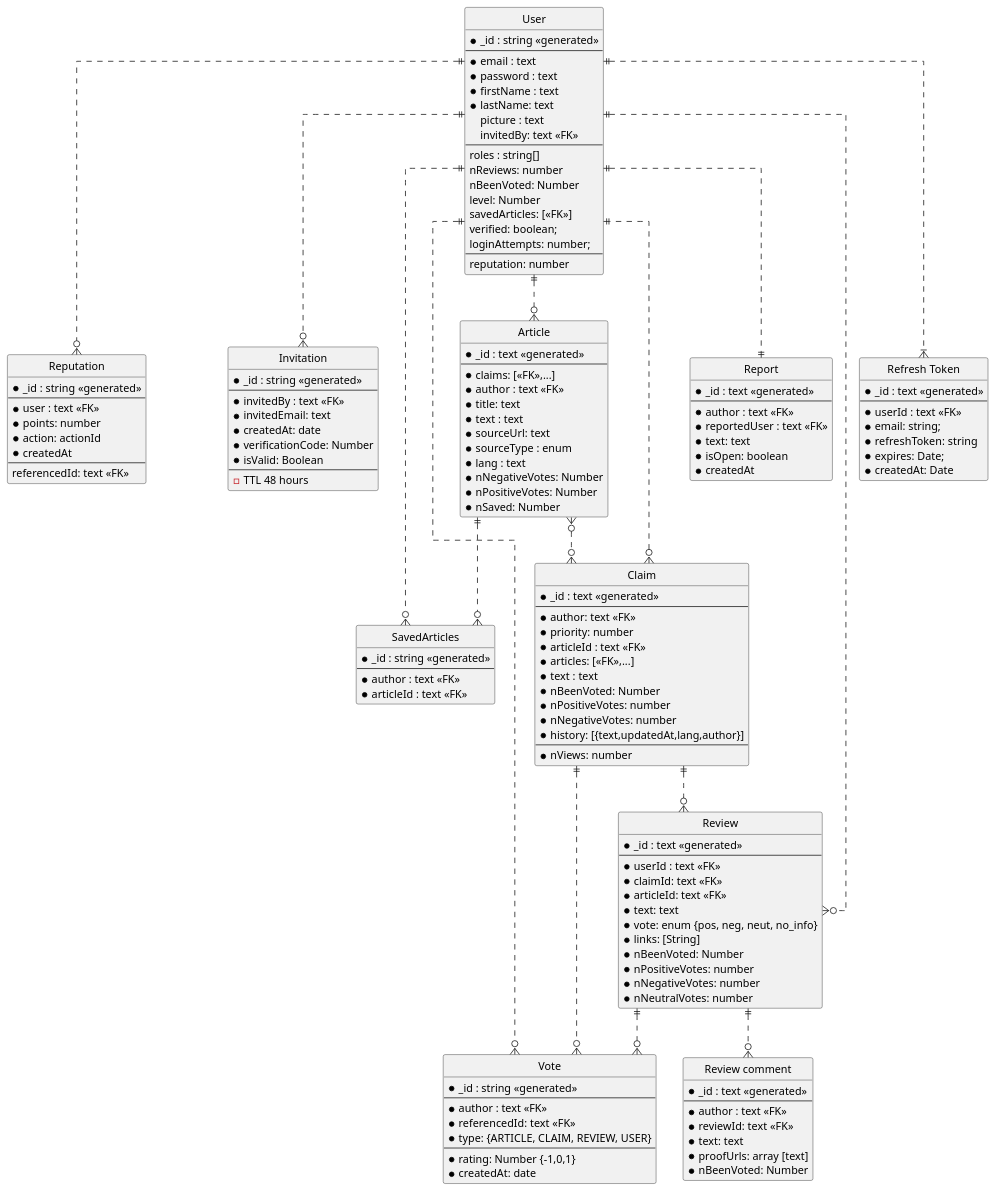
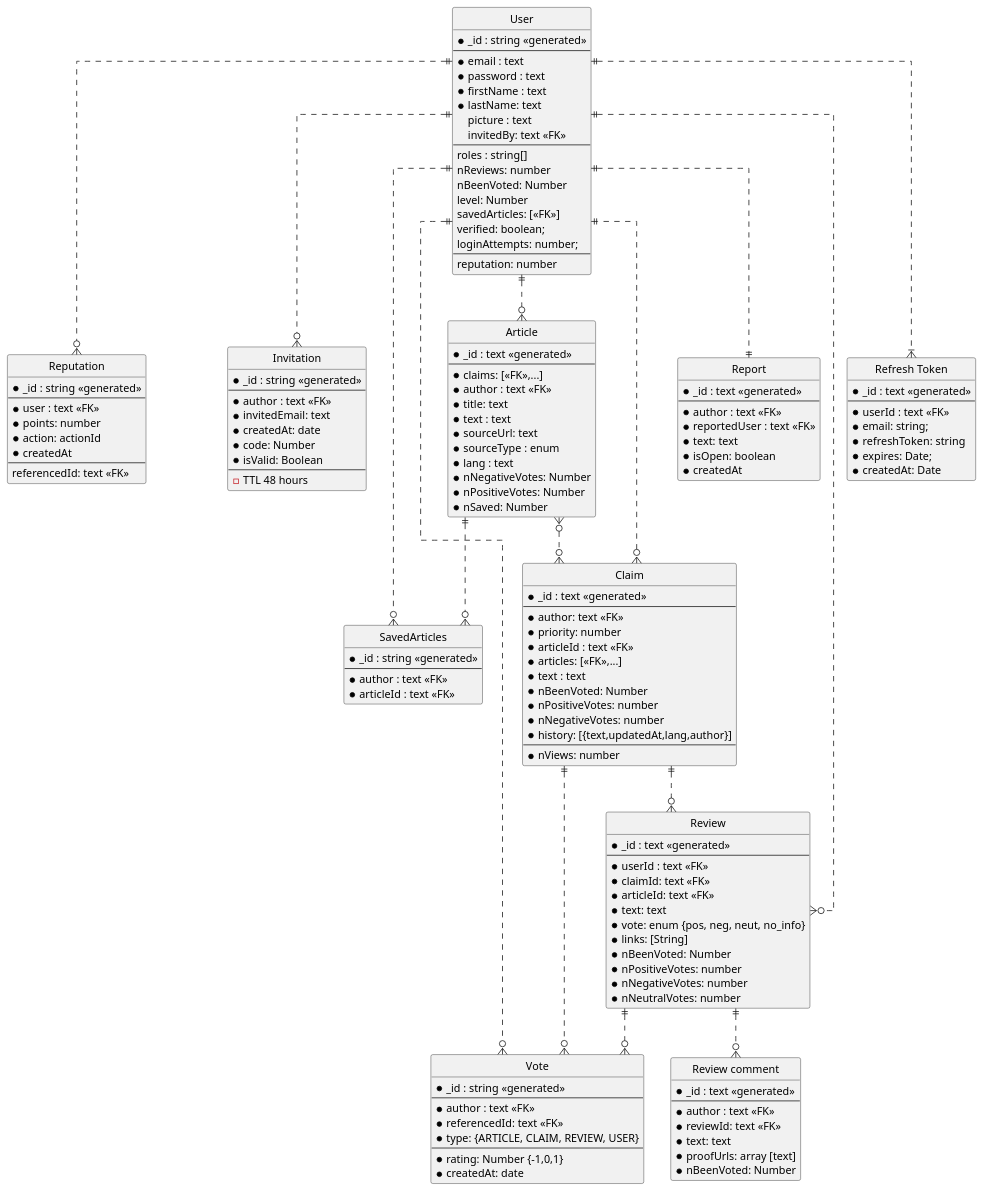
The diagram in uml_docs/entity_relations.puml (aic-factcheck/fact_check_api), drawn with PlantUML before and after one commit. The commit also changed 10 other files, not shown here.

Commit message:
feat: Implemented invitation CRUD operations for admins, added schema and code generation using bcrypt

```diff
--- a/uml_docs/entity_relations.puml
+++ b/uml_docs/entity_relations.puml
@@ -1,164 +1,164 @@
 @startuml Entity relations
 ' hide the spot
 hide circle
 
 ' avoid problems with angled crows feet
 skinparam linetype ortho
 
 entity "User" as user {
   *_id : string <<generated>>
   --
   *email : text
   *password : text
   *firstName : text
   *lastName: text
   picture : text
   invitedBy: text <<FK>>
   --
   roles : string[]
   nReviews: number
   nBeenVoted: Number
   level: Number
   savedArticles: [<<FK>>]
   verified: boolean;
   loginAttempts: number;
   --
   reputation: number
 }
 
 entity "Reputation" as rep {
   *_id : string <<generated>>
   --
   *user : text <<FK>>
   *points: number
   *action: actionId
   *createdAt
   --
   referencedId: text <<FK>>
 }
 
 entity "SavedArticles" as saved {
   *_id : string <<generated>>
   --
   *author : text <<FK>>
   *articleId : text <<FK>>
 }
 
 entity "Invitation" as inv {
   *_id : string <<generated>>
   --
-  *invitedBy : text <<FK>>
+  *author : text <<FK>>
   *invitedEmail: text
   *createdAt: date
-  *verificationCode: Number
+  *code: Number
   *isValid: Boolean
   --
   - TTL 48 hours
 }
 
 entity "Vote" as vote {
   *_id : string <<generated>>
   --
   *author : text <<FK>>
   *referencedId: text <<FK>>
   *type: {ARTICLE, CLAIM, REVIEW, USER}
   --
   ' *text: Text
   *rating: Number {-1,0,1}
   *createdAt: date
 }
 
 entity "Article" as article {
   *_id : text <<generated>>
   --
   *claims: [<<FK>>,...]
   *author : text <<FK>>
   *title: text
   *text : text
   *sourceUrl: text
   *sourceType : enum
   *lang : text
   *nNegativeVotes: Number
   *nPositiveVotes: Number
   *nSaved: Number
 }
 
 entity "Claim" as claim {
   *_id : text <<generated>>
   --
   *author: text <<FK>>
   *priority: number
   *articleId : text <<FK>>
   *articles: [<<FK>>,...]
   *text : text
   *nBeenVoted: Number
   *nPositiveVotes: number
   *nNegativeVotes: number
   *history: [{text,updatedAt,lang,author}]
   --
   *nViews: number
 }
 
 entity "Review" as review {
   *_id : text <<generated>>
   --
   *userId : text <<FK>>
   *claimId: text <<FK>>
   *articleId: text <<FK>>
   *text: text
   *vote: enum {pos, neg, neut, no_info}
   *links: [String]
   *nBeenVoted: Number
   *nPositiveVotes: number
   *nNegativeVotes: number
   *nNeutralVotes: number
 }
 
 entity "Review comment" as reviewComment {
   *_id : text <<generated>>
   --
   *author : text <<FK>>
   *reviewId: text <<FK>>
   *text: text
   *proofUrls: array [text] 
   *nBeenVoted: Number
 }
 
 entity "Report" as report {
   *_id : text <<generated>>
   --
   *author : text <<FK>>
   *reportedUser : text <<FK>>
   *text: text
   *isOpen: boolean
   *createdAt
 }
 
 entity "Refresh Token" as refresh {
   *_id : text <<generated>>
   --
   *userId : text <<FK>>
   *email: string;
   *refreshToken: string
   *expires: Date;
   *createdAt: Date
 }
 
 user ||..o{ article
 user ||..o{ inv
 user ||..o{ saved
 user ||..o{ vote
 user ||..o{ rep
 user ||..|| report
 user ||..|{ refresh
 article }o..o{ claim
 article ||..o{ saved
 ' article ||..o{ vote
 user ||..o{ review
 ' user ||..o{ vote
 claim ||..o{ review
 claim }o..|| user
 claim ||..o{ vote
 review ||..o{ reviewComment
 review ||..o{ vote
 @enduml
```
